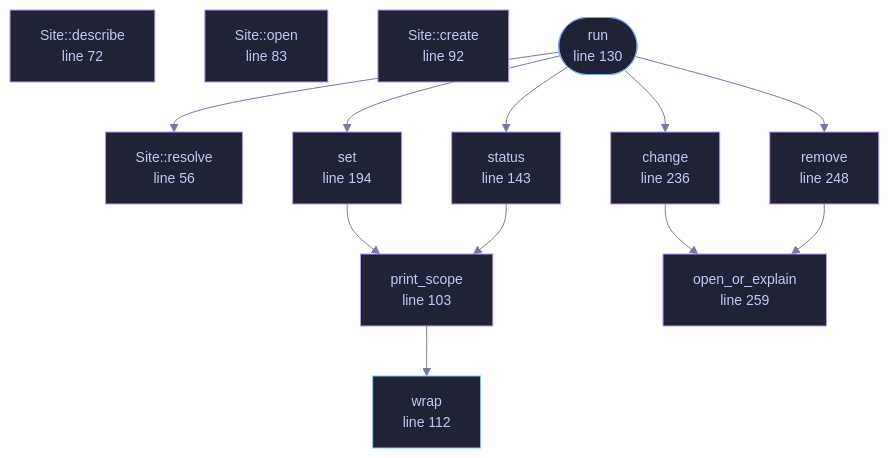
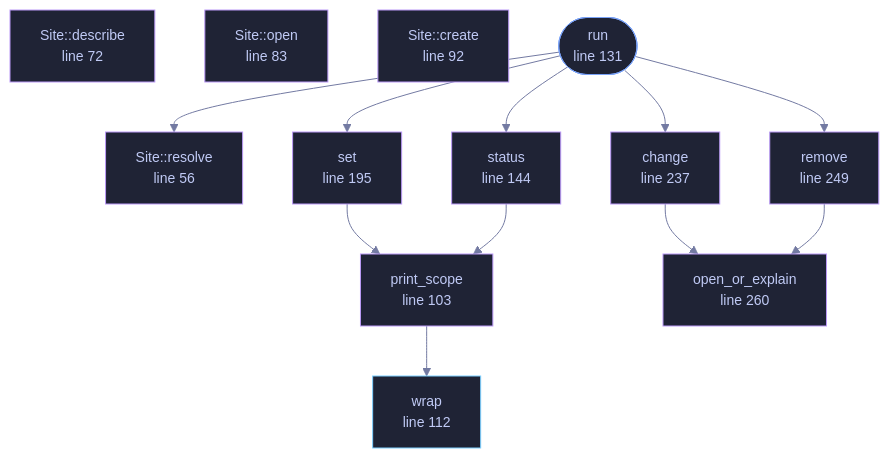
The diagram in docs/files/veilvoice-cli/lock.md (tilas01/veilvoice), drawn with Mermaid before and after one commit. The commit also changed other lines of this file and 53 other files, not shown here.

````diff
--- a/docs/files/veilvoice-cli/lock.md
+++ b/docs/files/veilvoice-cli/lock.md
@@ -75,44 +75,44 @@
 ```mermaid
 %%{init: {"theme":"base","themeVariables":{"background":"#1a1b26","primaryColor":"#1f2335","primaryTextColor":"#c0caf5","primaryBorderColor":"#7aa2f7","secondaryColor":"#16161e","tertiaryColor":"#16161e","lineColor":"#737aa2","textColor":"#c0caf5","mainBkg":"#1f2335","nodeBorder":"#7aa2f7","clusterBkg":"#16161e","clusterBorder":"#2f3549","fontFamily":"ui-monospace, SFMono-Regular, Consolas, monospace","fontSize":"14px"}}}%%
 flowchart TD
     n_resolve["Site::resolve<br/>line 56"]
     n_describe["Site::describe<br/>line 72"]
     n_open["Site::open<br/>line 83"]
     n_create["Site::create<br/>line 92"]
     n_print_scope["print_scope<br/>line 103"]
     n_wrap["wrap<br/>line 112"]
-    n_run(["run<br/>line 130"])
-    n_status["status<br/>line 143"]
-    n_set["set<br/>line 194"]
-    n_change["change<br/>line 236"]
-    n_remove["remove<br/>line 248"]
-    n_open_or_explain["open_or_explain<br/>line 259"]
+    n_run(["run<br/>line 131"])
+    n_status["status<br/>line 144"]
+    n_set["set<br/>line 195"]
+    n_change["change<br/>line 237"]
+    n_remove["remove<br/>line 249"]
+    n_open_or_explain["open_or_explain<br/>line 260"]
     n_change --> n_open_or_explain
     n_print_scope --> n_wrap
     n_remove --> n_open_or_explain
     n_run --> n_change
     n_run --> n_remove
     n_run --> n_resolve
     n_run --> n_set
     n_run --> n_status
     n_set --> n_print_scope
     n_status --> n_print_scope
     click n_resolve href "https://github.com/tilas01/veilvoice/blob/main/crates/veilvoice-cli/src/lock.rs#L56" "open the source"
     click n_describe href "https://github.com/tilas01/veilvoice/blob/main/crates/veilvoice-cli/src/lock.rs#L72" "open the source"
     click n_open href "https://github.com/tilas01/veilvoice/blob/main/crates/veilvoice-cli/src/lock.rs#L83" "open the source"
     click n_create href "https://github.com/tilas01/veilvoice/blob/main/crates/veilvoice-cli/src/lock.rs#L92" "open the source"
     click n_print_scope href "https://github.com/tilas01/veilvoice/blob/main/crates/veilvoice-cli/src/lock.rs#L103" "open the source"
     click n_wrap href "https://github.com/tilas01/veilvoice/blob/main/crates/veilvoice-cli/src/lock.rs#L112" "open the source"
-    click n_run href "https://github.com/tilas01/veilvoice/blob/main/crates/veilvoice-cli/src/lock.rs#L130" "open the source"
-    click n_status href "https://github.com/tilas01/veilvoice/blob/main/crates/veilvoice-cli/src/lock.rs#L143" "open the source"
-    click n_set href "https://github.com/tilas01/veilvoice/blob/main/crates/veilvoice-cli/src/lock.rs#L194" "open the source"
-    click n_change href "https://github.com/tilas01/veilvoice/blob/main/crates/veilvoice-cli/src/lock.rs#L236" "open the source"
-    click n_remove href "https://github.com/tilas01/veilvoice/blob/main/crates/veilvoice-cli/src/lock.rs#L248" "open the source"
-    click n_open_or_explain href "https://github.com/tilas01/veilvoice/blob/main/crates/veilvoice-cli/src/lock.rs#L259" "open the source"
+    click n_run href "https://github.com/tilas01/veilvoice/blob/main/crates/veilvoice-cli/src/lock.rs#L131" "open the source"
+    click n_status href "https://github.com/tilas01/veilvoice/blob/main/crates/veilvoice-cli/src/lock.rs#L144" "open the source"
+    click n_set href "https://github.com/tilas01/veilvoice/blob/main/crates/veilvoice-cli/src/lock.rs#L195" "open the source"
+    click n_change href "https://github.com/tilas01/veilvoice/blob/main/crates/veilvoice-cli/src/lock.rs#L237" "open the source"
+    click n_remove href "https://github.com/tilas01/veilvoice/blob/main/crates/veilvoice-cli/src/lock.rs#L249" "open the source"
+    click n_open_or_explain href "https://github.com/tilas01/veilvoice/blob/main/crates/veilvoice-cli/src/lock.rs#L260" "open the source"
     classDef entry fill:#1f2335,stroke:#7aa2f7,color:#c0caf5
     class n_run entry
     classDef api fill:#1f2335,stroke:#7dcfff,color:#c0caf5
     class n_wrap api
     classDef helper fill:#1f2335,stroke:#bb9af7,color:#c0caf5
     class n_resolve,n_describe,n_open,n_create,n_print_scope,n_status,n_set,n_change,n_remove,n_open_or_explain helper
 ```
````
